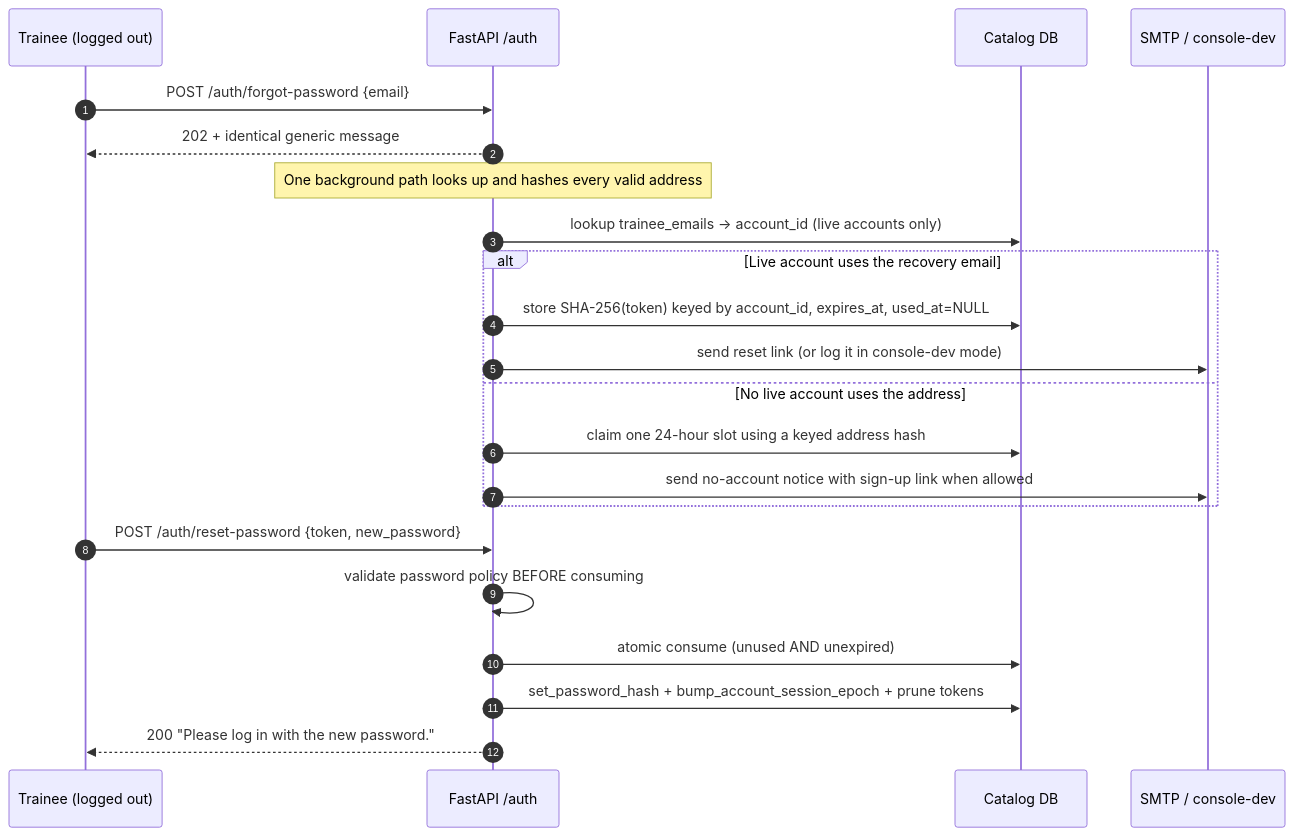
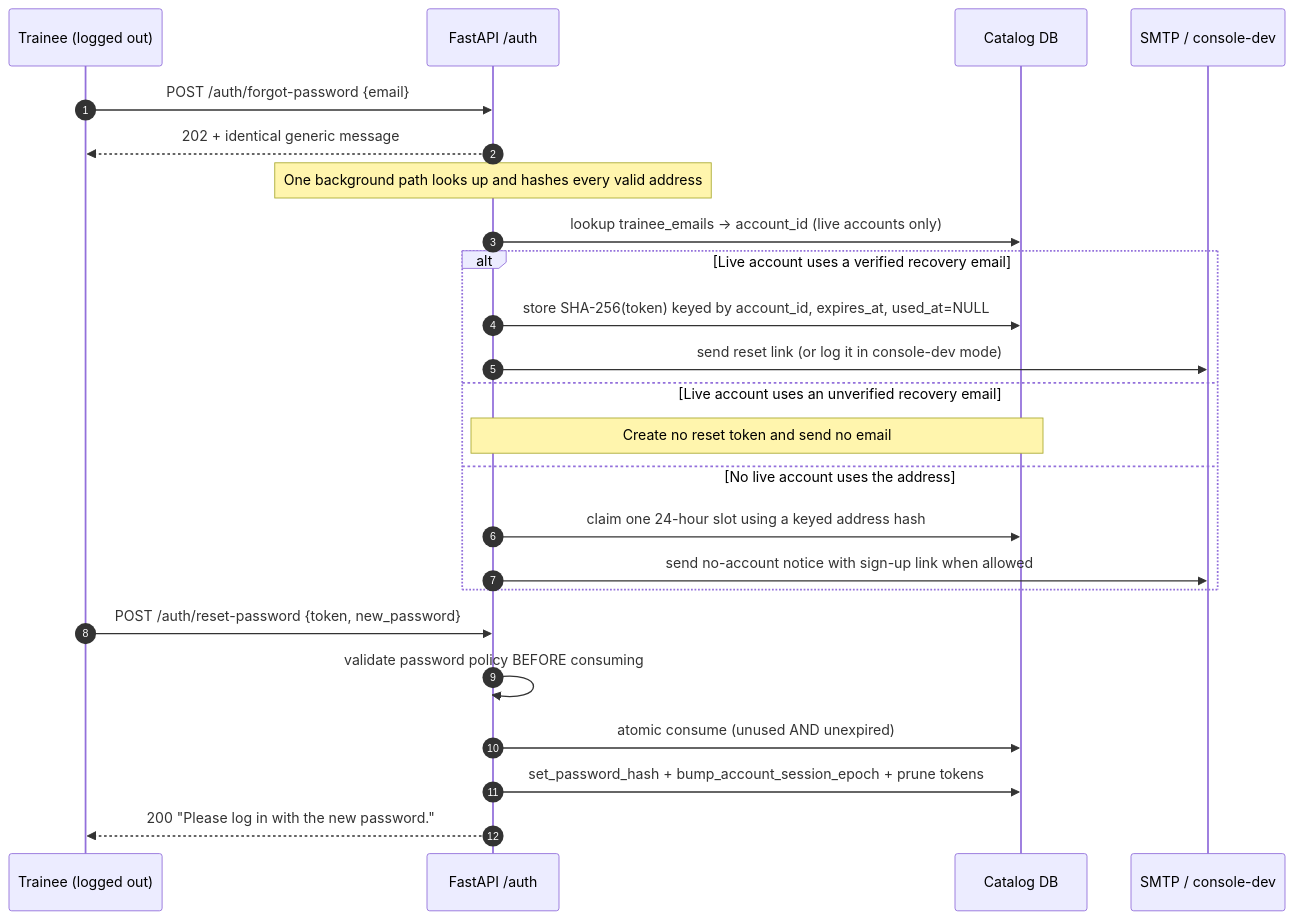
Before and after one commit to ahmedtvmer/MAYOS: the third of 5 diagrams in docs/AUTHENTICATION.md, drawn with Mermaid. The commit also changed other lines of this file and 11 other files, not shown here.

First line of the commit message:
feat: send password resets only to verified recovery emails (#283)

````diff
--- a/docs/AUTHENTICATION.md
+++ b/docs/AUTHENTICATION.md
@@ -143,25 +143,27 @@
 ```mermaid
 sequenceDiagram
     autonumber
     participant User as Trainee (logged out)
     participant API as FastAPI /auth
     participant DB as Catalog DB
     participant Mail as SMTP / console-dev
 
     User->>API: POST /auth/forgot-password {email}
     API-->>User: 202 + identical generic message
     Note over API: One background path looks up and hashes every valid address
     API->>DB: lookup trainee_emails -> account_id (live accounts only)
-    alt Live account uses the recovery email
+    alt Live account uses a verified recovery email
     API->>DB: store SHA-256(token) keyed by account_id, expires_at, used_at=NULL
     API->>Mail: send reset link (or log it in console-dev mode)
+    else Live account uses an unverified recovery email
+    Note over API,DB: Create no reset token and send no email
     else No live account uses the address
     API->>DB: claim one 24-hour slot using a keyed address hash
     API->>Mail: send no-account notice with sign-up link when allowed
     end
     User->>API: POST /auth/reset-password {token, new_password}
     API->>API: validate password policy BEFORE consuming
     API->>DB: atomic consume (unused AND unexpired)
     API->>DB: set_password_hash + bump_account_session_epoch + prune tokens
     API-->>User: 200 "Please log in with the new password."
 ```
````
